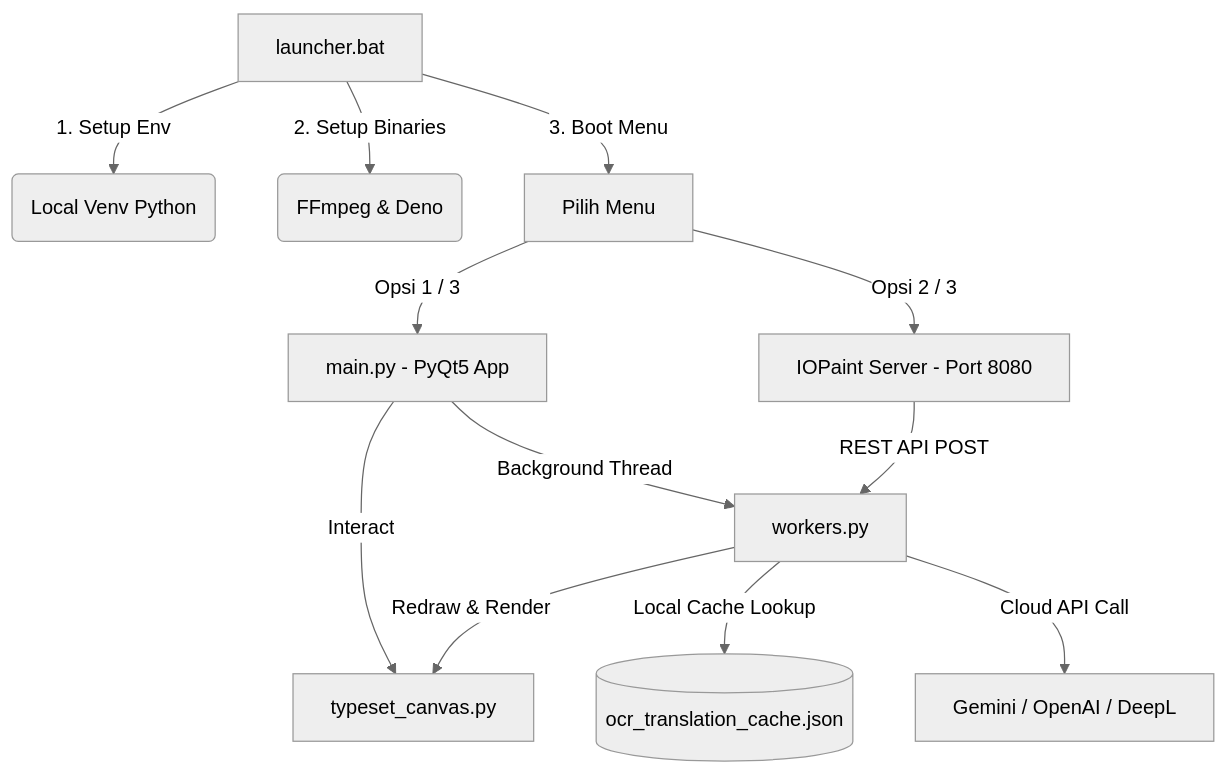
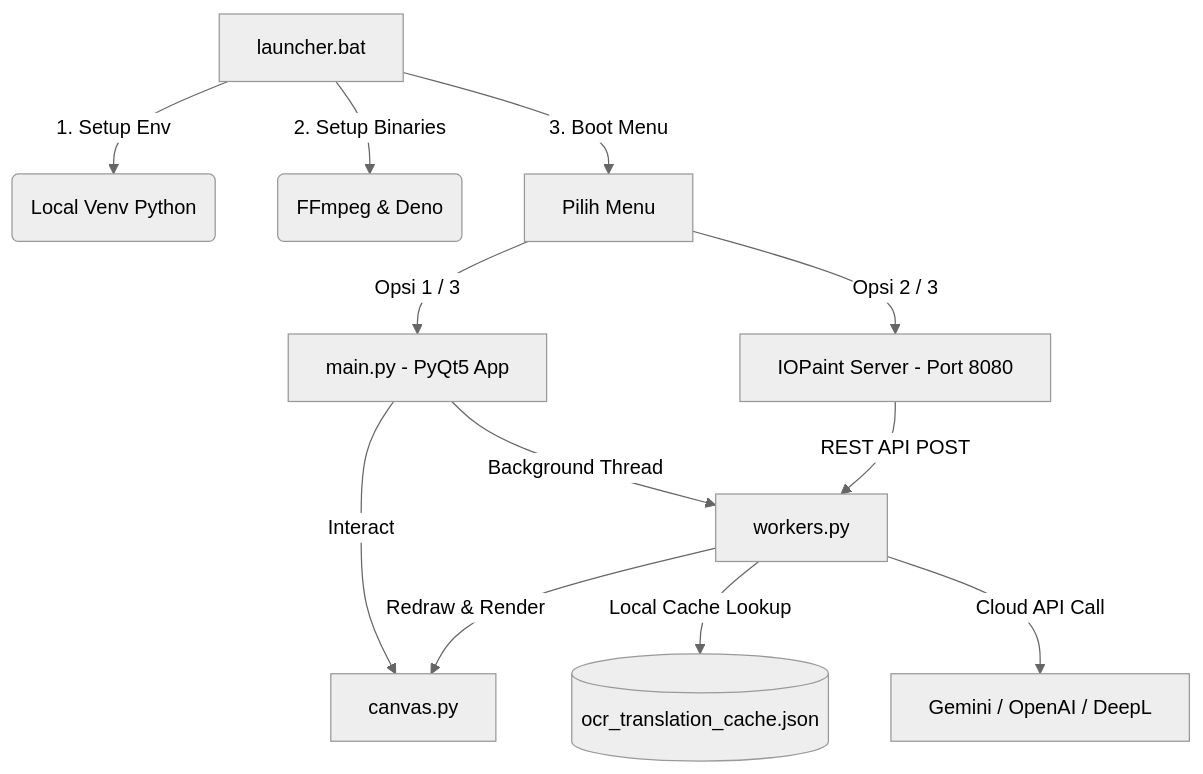
Before and after one commit to irazawa/MangaTranslate: the diagram in README.md, drawn with Mermaid (neutral theme). The commit also changed other lines of this file, not shown here.

Commit message:
docs: update README.md with v14.8.0 features (undo timeline, unified help, pricing editor)

````diff
--- a/README.md
+++ b/README.md
@@ -11,15 +11,15 @@
 ```mermaid
 graph TD
     A[launcher.bat] -->|1. Setup Env| B(Local Venv Python)
     A -->|2. Setup Binaries| C(FFmpeg & Deno)
     A -->|3. Boot Menu| D[Pilih Menu]
     D -->|Opsi 1 / 3| E[main.py - PyQt5 App]
     D -->|Opsi 2 / 3| F[IOPaint Server - Port 8080]
     
-    E -->|Interact| G[typeset_canvas.py]
+    E -->|Interact| G[canvas.py]
     E -->|Background Thread| H[workers.py]
     F -->|REST API POST| H
     H -->|Local Cache Lookup| I[(ocr_translation_cache.json)]
     H -->|Cloud API Call| J[Gemini / OpenAI / DeepL]
     H -->|Redraw & Render| G
 ```
````
